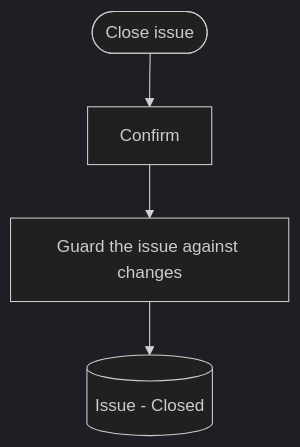
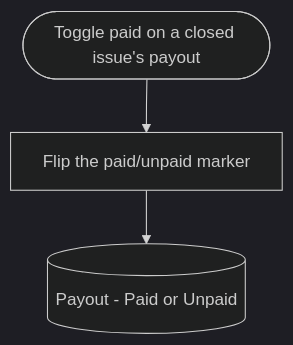
One commit to uwblueprint/beach-metro changed the ninth of 10 diagrams in docs/finances_flow_v1.md. Above: the diagram before and after it, drawn with Mermaid (dark theme). The commit also changed other lines of this file, not shown here.

````diff
--- a/docs/finances_flow_v1.md
+++ b/docs/finances_flow_v1.md
@@ -144,6 +164,5 @@
 ```mermaid
 flowchart TD
-    Start([Close issue]) --> Confirm[Confirm]
-    Confirm --> Lockdown[Guard the issue against changes]
-    Lockdown --> Closed[(Issue - Closed)]
+    Start([Toggle paid on a closed issue's payout]) --> Mark[Flip the paid/unpaid marker]
+    Mark --> Done[(Payout - Paid or Unpaid)]
 ```
````
